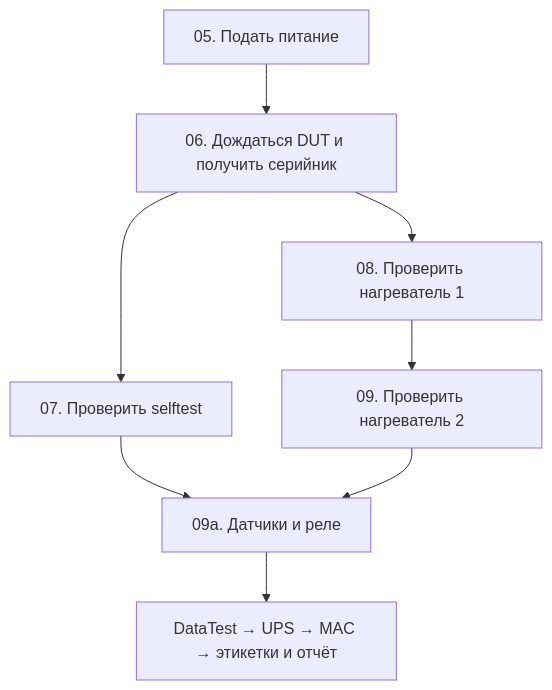
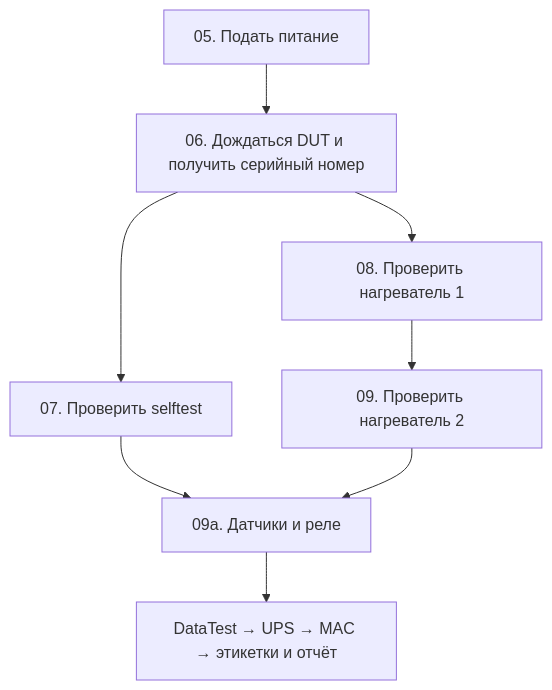
The diagram in docs/obsidian/23 - Параллельное выполнение проверок.md (kotyasmol/TFortisTestBuilder), drawn with Mermaid before and after one commit. The commit also changed other lines of this file and 33 other files, not shown here.

````diff
--- a/docs/obsidian/23 - Параллельное выполнение проверок.md
+++ b/docs/obsidian/23 - Параллельное выполнение проверок.md
@@ -27,10 +27,10 @@
 ```mermaid
 flowchart TD
-    P["05. Подать питание"] --> A["06. Дождаться DUT и получить серийник"]
+    P["05. Подать питание"] --> A["06. Дождаться DUT и получить серийный номер"]
     A --> C["07. Проверить selftest"]
     A --> B["08. Проверить нагреватель 1"]
     B --> D["09. Проверить нагреватель 2"]
     C --> J["09a. Датчики и реле"]
     D --> J
     J --> N["DataTest → UPS → MAC → этикетки и отчёт"]
 ```
````
